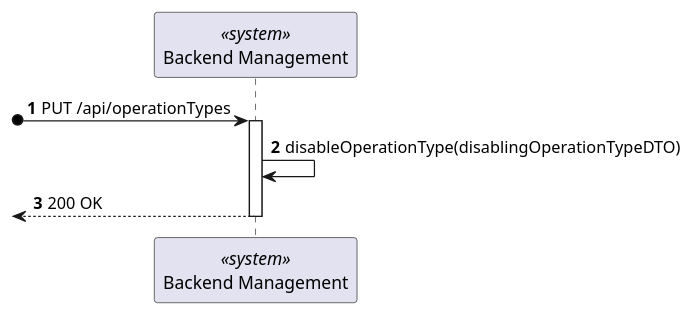
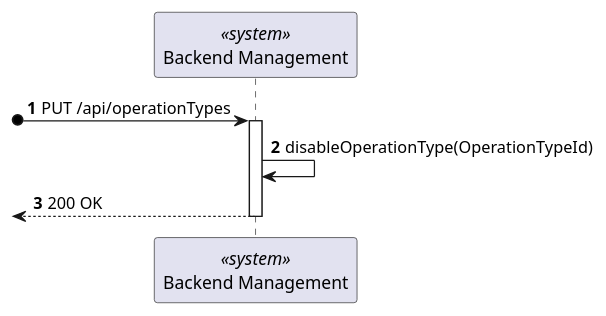
Before and after one commit to Lapr5G21/sem5pi-24-25-3ddg21: the diagram in docs/OperationTypeRemove/views/level2/process-view.puml, drawn with PlantUML. The commit also changed 11 other files, not shown here.

```diff
--- a/docs/OperationTypeRemove/views/level2/process-view.puml
+++ b/docs/OperationTypeRemove/views/level2/process-view.puml
@@ -1,14 +1,14 @@
 @startuml
 
 autonumber
 participant SYS as "Backend Management" <<system >>
 
 ?o-> SYS : PUT /api/operationTypes
 activate SYS
 
-SYS -> SYS : disableOperationType(disablingOperationTypeDTO)
+SYS -> SYS : disableOperationType(OperationTypeId)
 <-- SYS : 200 OK 
 deactivate SYS
 
 
 @enduml
```
